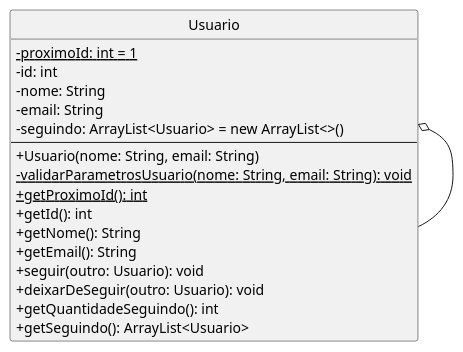
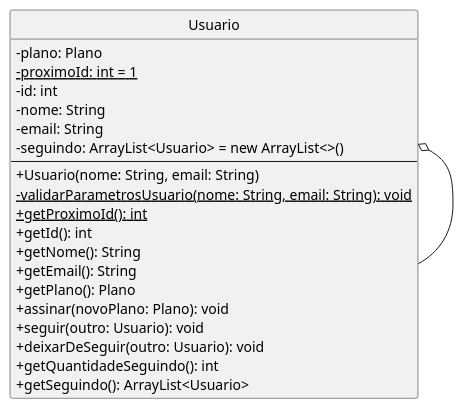
Before and after one commit to viictor-h-amaral/FaculBCC: the diagram in docs/pumls/models/Usuario.puml, drawn with PlantUML. The commit also changed 9 other files, not shown here.

Commit message:
Etapa A.1 - ajuste na UML

```diff
--- a/docs/pumls/models/Usuario.puml
+++ b/docs/pumls/models/Usuario.puml
@@ -6,25 +6,28 @@
 @startuml "Usuario class"
 skinparam classAttributeIconSize 0
 hide circle
 
 class Usuario {
+  -plano: Plano
   -{static} proximoId: int = 1
   -id: int
   -nome: String
   -email: String
   -seguindo: ArrayList<Usuario> = new ArrayList<>()
   --
   +Usuario(nome: String, email: String)
   -{static} validarParametrosUsuario(nome: String, email: String): void
   +{static} getProximoId(): int
   +getId(): int
   +getNome(): String
   +getEmail(): String
+  +getPlano(): Plano
+  +assinar(novoPlano: Plano): void
   +seguir(outro: Usuario): void
   +deixarDeSeguir(outro: Usuario): void
   +getQuantidadeSeguindo(): int
   +getSeguindo(): ArrayList<Usuario>
 }
 
 Usuario o-- Usuario
 @enduml
```
